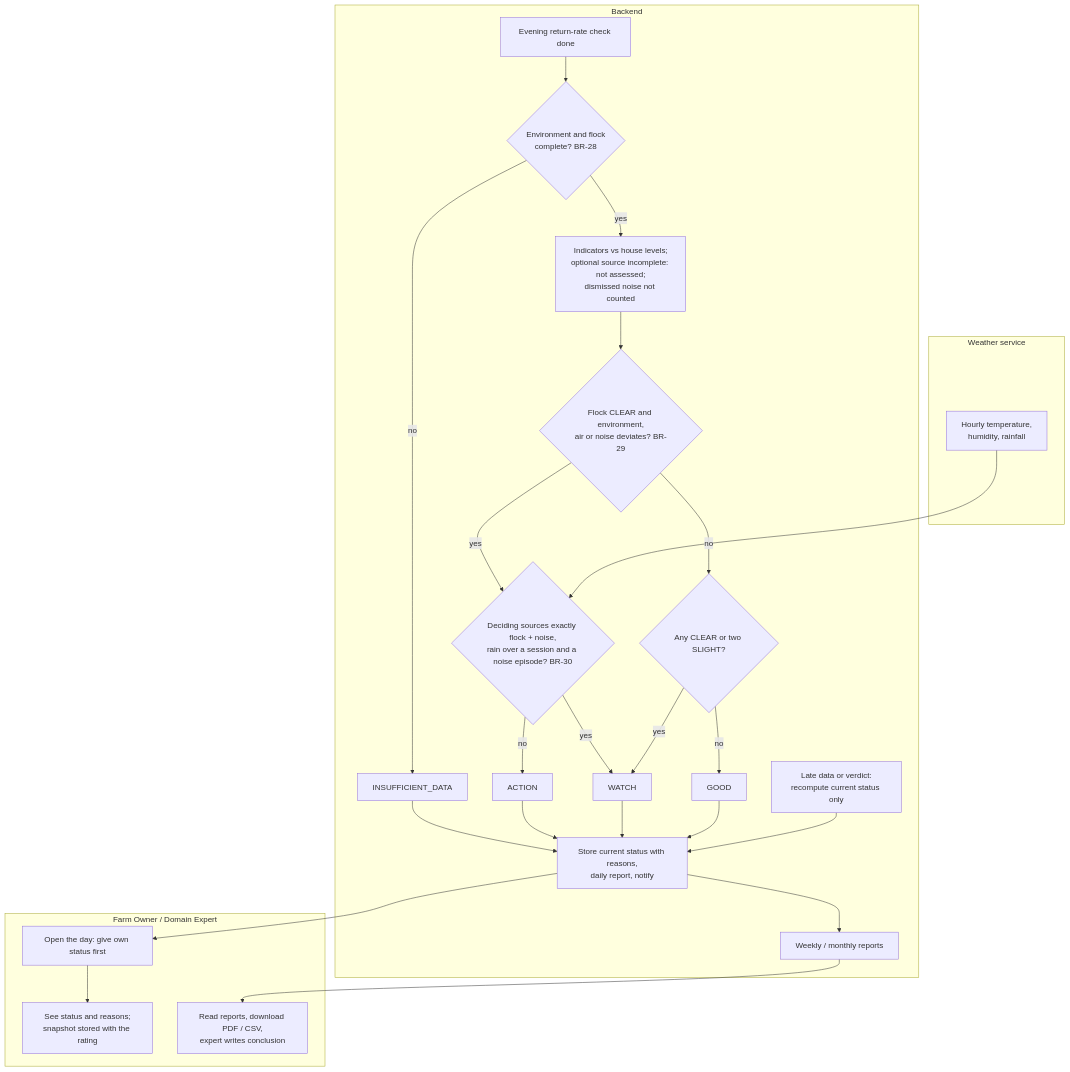
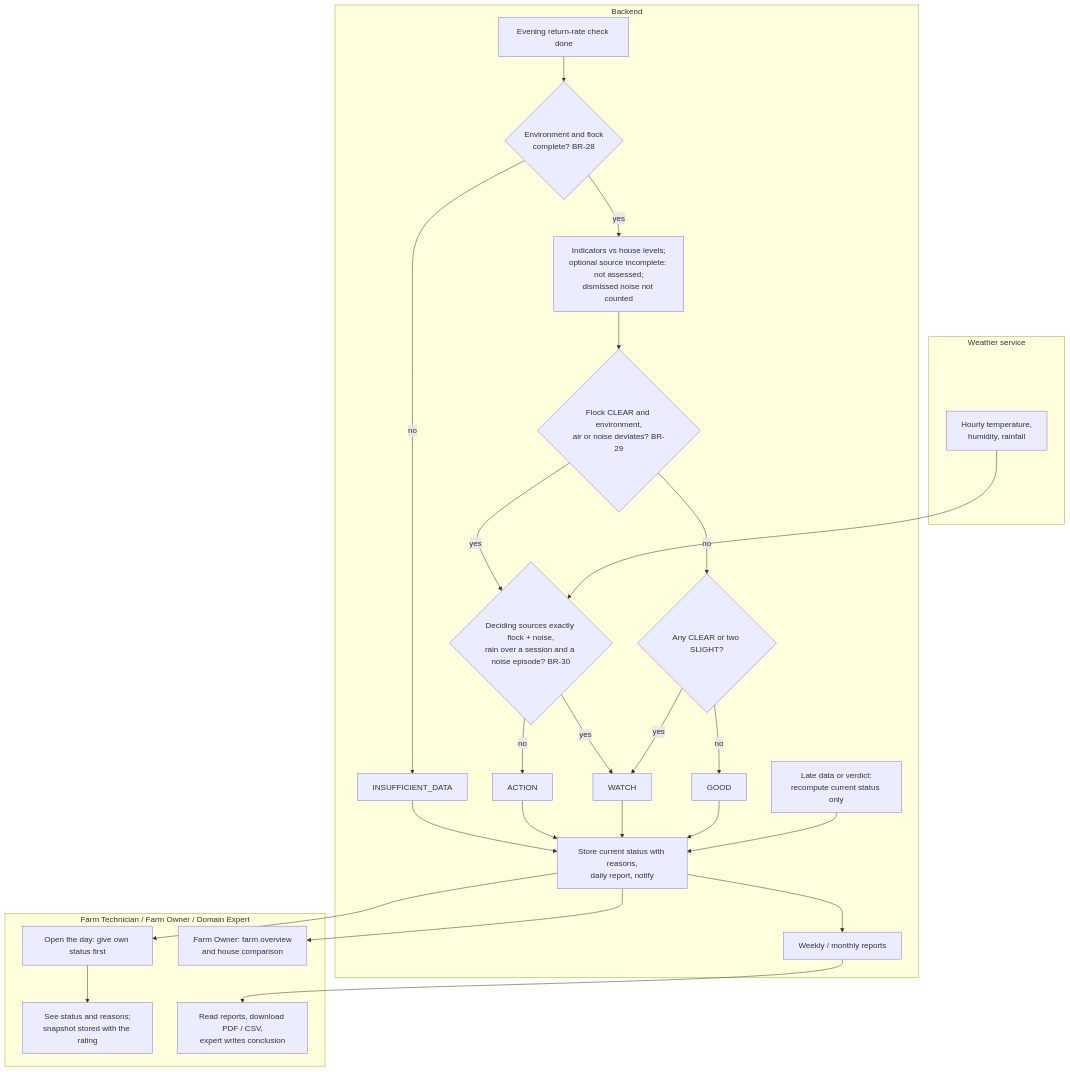
Before and after one commit to NBao261/SwiftletCare_KLTN: diagram 33 of 40 in docs/reports/report4-sdd.md, drawn with Mermaid. The commit also changed other lines of this file, not shown here.

````diff
--- a/docs/reports/report4-sdd.md
+++ b/docs/reports/report4-sdd.md
@@ -1259,33 +1541,35 @@
 ```mermaid
 flowchart TB
   subgraph W[Weather service]
     W1[Hourly temperature,<br/>humidity, rainfall]
   end
   subgraph B[Backend]
     B1[Evening return-rate check done] --> B2{Environment and flock<br/>complete? BR-28}
     B2 -- no --> B3[INSUFFICIENT_DATA]
     B2 -- yes --> B4[Indicators vs house levels;<br/>optional source incomplete: not assessed;<br/>dismissed noise not counted]
     B4 --> B5{Flock CLEAR and environment,<br/>air or noise deviates? BR-29}
     B5 -- yes --> B6{Deciding sources exactly flock + noise,<br/>rain over a session and a noise episode? BR-30}
     B6 -- no --> B7[ACTION]
     B6 -- yes --> B8[WATCH]
     B5 -- no --> B9{Any CLEAR or two SLIGHT?}
     B9 -- yes --> B8
     B9 -- no --> B10[GOOD]
     B11[Store current status with reasons,<br/>daily report, notify]
     B12[Weekly / monthly reports]
     B13[Late data or verdict:<br/>recompute current status only]
   end
-  subgraph A[Farm Owner / Domain Expert]
+  subgraph A[Farm Technician / Farm Owner / Domain Expert]
     A1[Open the day: give own status first] --> A2[See status and reasons;<br/>snapshot stored with the rating]
     A3[Read reports, download PDF / CSV,<br/>expert writes conclusion]
+    A4[Farm Owner: farm overview<br/>and house comparison]
   end
   W1 --> B6
   B3 --> B11
   B7 --> B11
   B8 --> B11
   B10 --> B11
   B11 --> A1
   B11 --> B12 --> A3
+  B11 --> A4
   B13 --> B11
 ```
````
